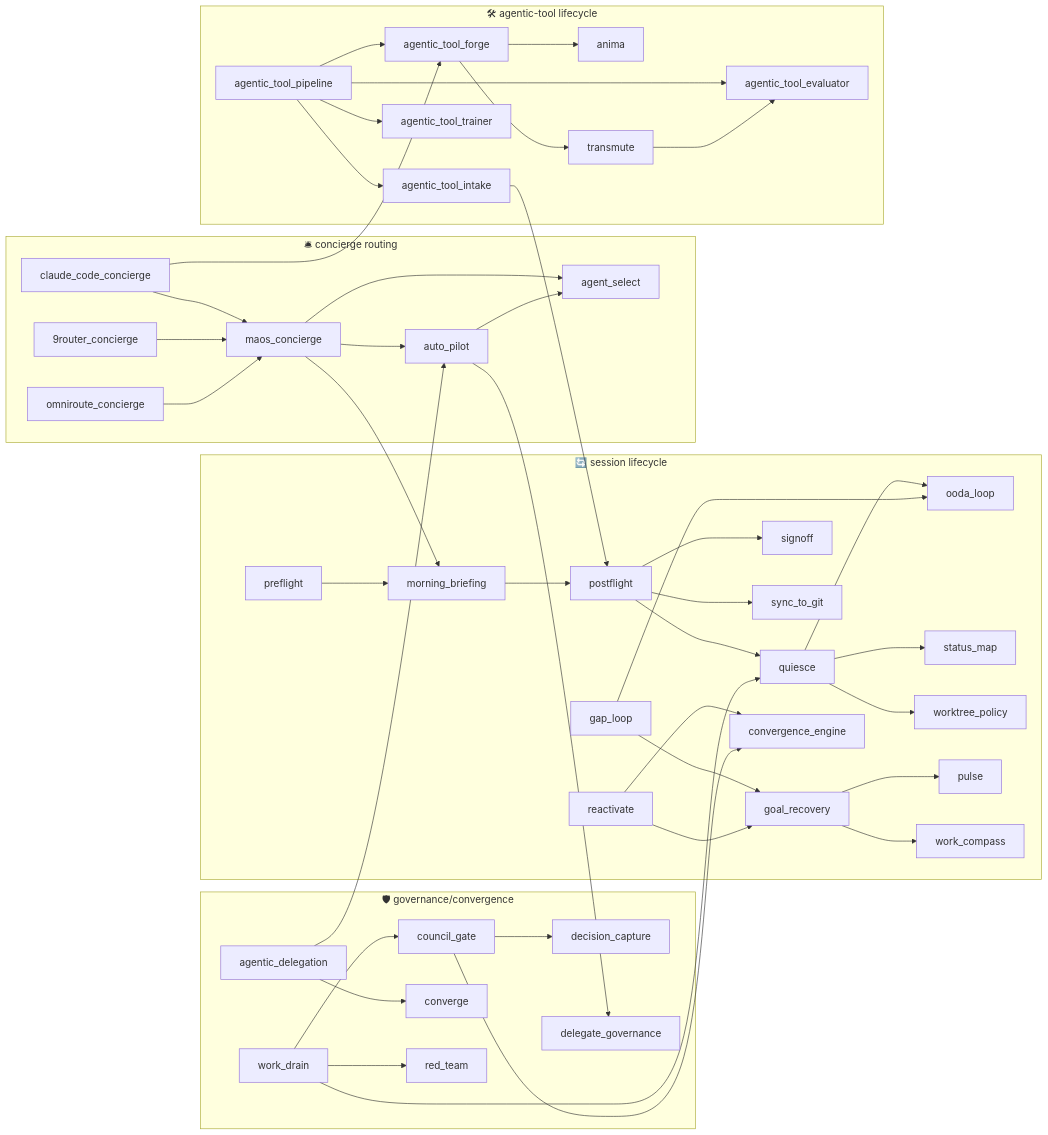
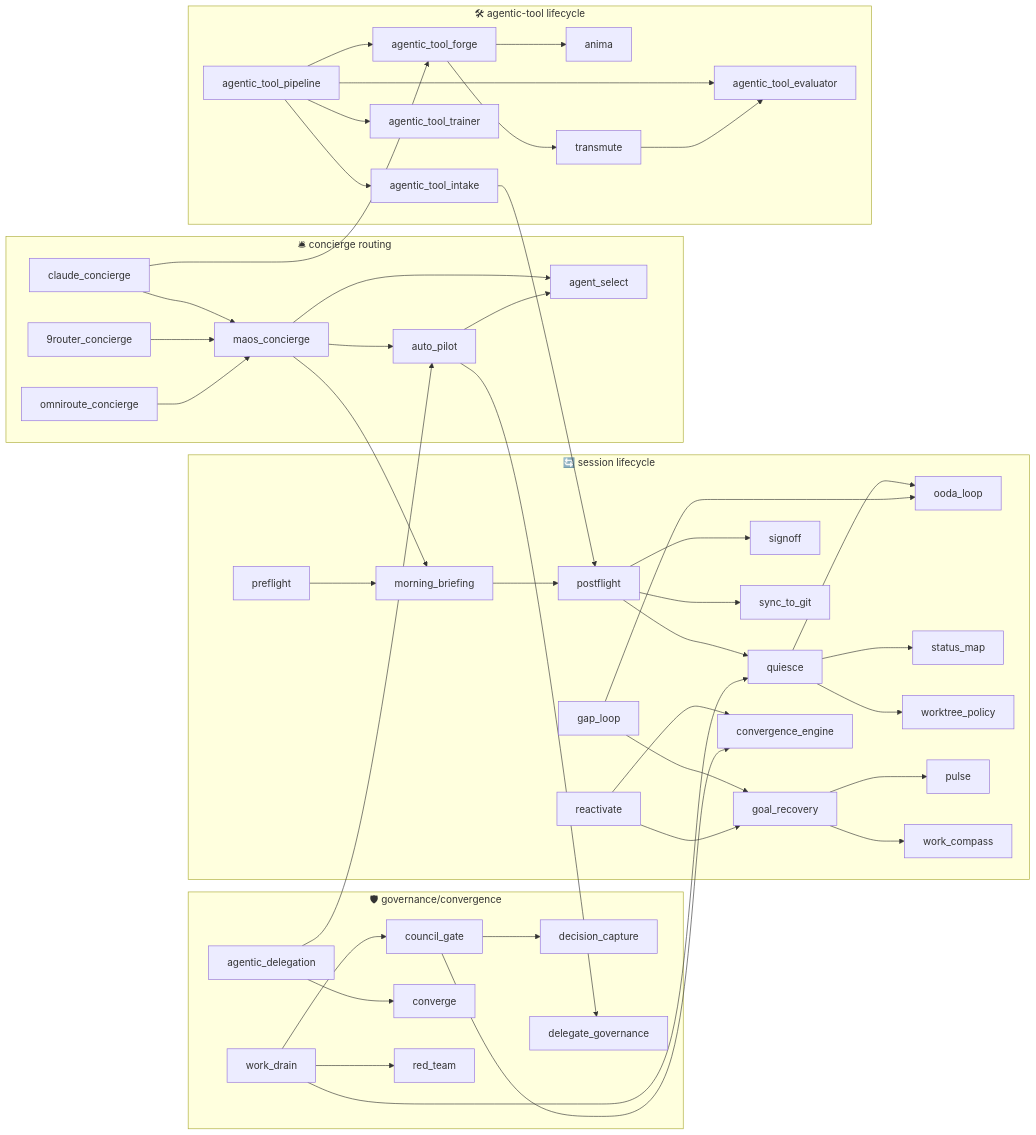
One commit to ekson73/multi-agent-os changed the diagram in skills/README.md. Above: the diagram before and after it, drawn with Mermaid. The commit also changed other lines of this file and 23 other files, not shown here.

First line of the commit message:
feat(skills): consolidate claude-code-concierge into claude-concierge (multi-surface) (#536)

````diff
--- a/skills/README.md
+++ b/skills/README.md
@@ -122,49 +123,49 @@
 ```mermaid
 graph LR
   subgraph lifecycle["🔄 session lifecycle"]
     preflight --> morning_briefing
     morning_briefing --> postflight
     postflight --> quiesce
     postflight --> signoff
     postflight --> sync_to_git
     quiesce --> ooda_loop
     quiesce --> status_map
     quiesce --> worktree_policy
     gap_loop --> ooda_loop
     gap_loop --> goal_recovery
     goal_recovery --> pulse
     goal_recovery --> work_compass
     reactivate --> goal_recovery
     reactivate --> convergence_engine
   end
   subgraph forgefam["🛠 agentic-tool lifecycle"]
     agentic_tool_pipeline --> agentic_tool_intake
     agentic_tool_pipeline --> agentic_tool_forge
     agentic_tool_pipeline --> agentic_tool_evaluator
     agentic_tool_pipeline --> agentic_tool_trainer
     agentic_tool_forge --> anima
     agentic_tool_forge --> transmute
     agentic_tool_intake --> postflight
     transmute --> agentic_tool_evaluator
   end
   subgraph conciergefam["🛎 concierge routing"]
     maos_concierge --> agent_select
     maos_concierge --> auto_pilot
     maos_concierge --> morning_briefing
-    claude_code_concierge --> maos_concierge
-    claude_code_concierge --> agentic_tool_forge
+    claude_concierge --> maos_concierge
+    claude_concierge --> agentic_tool_forge
     9router_concierge --> maos_concierge
     omniroute_concierge --> maos_concierge
   end
   subgraph gov["🛡 governance/convergence"]
     council_gate --> convergence_engine
     council_gate --> decision_capture
     agentic_delegation --> auto_pilot
     agentic_delegation --> converge
     auto_pilot --> agent_select
     auto_pilot --> delegate_governance
     work_drain --> council_gate
     work_drain --> red_team
     work_drain --> quiesce
   end
 ```
````
